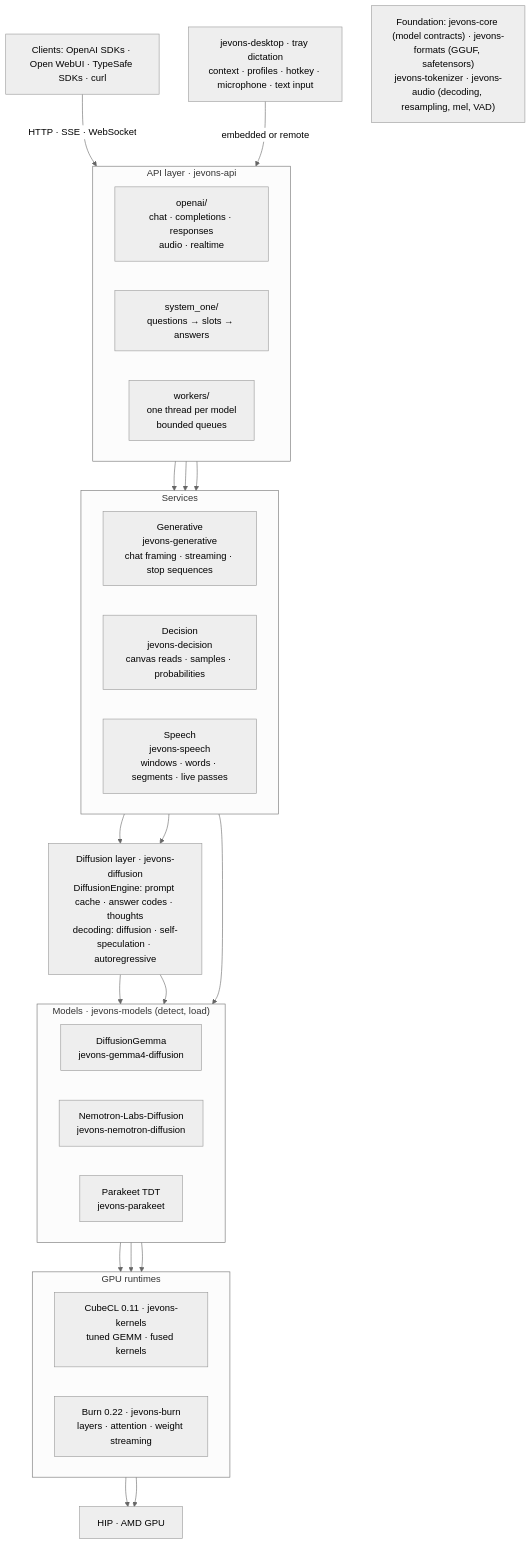
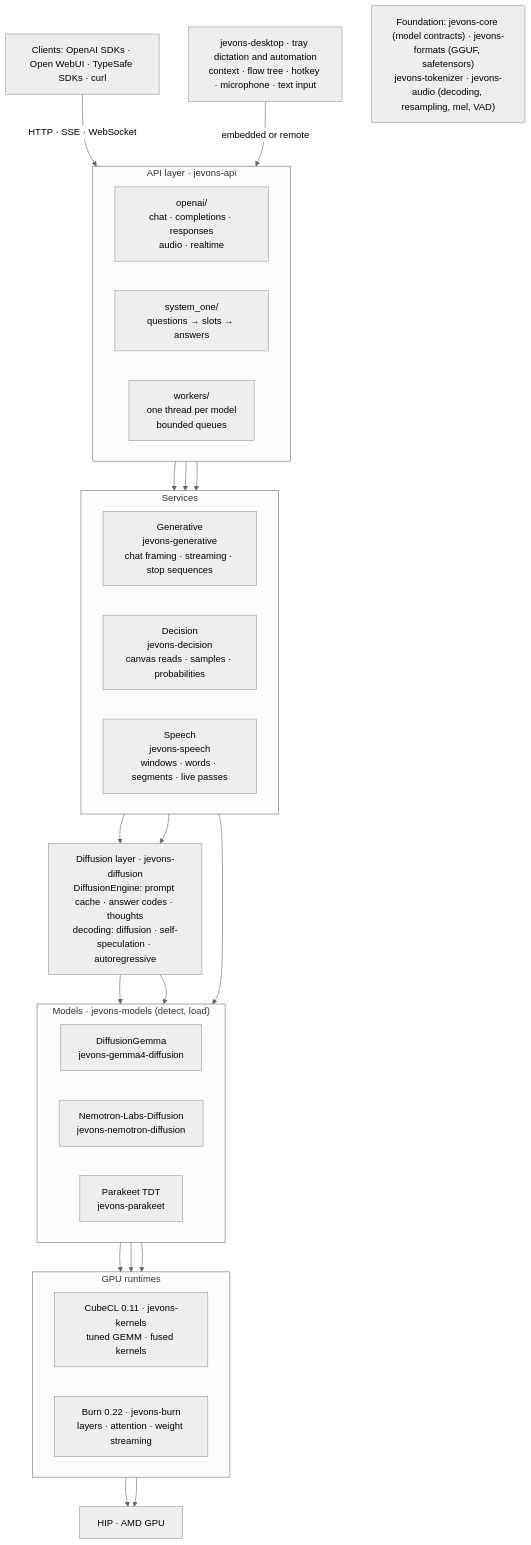
Before and after one commit to zojeda/jevons-rs: the second of 2 diagrams in README.md, drawn with Mermaid (neutral theme). The commit also changed other lines of this file and 35 other files, not shown here.

````diff
--- a/README.md
+++ b/README.md
@@ -113,53 +122,53 @@
 ```mermaid
 flowchart TB
     clients["Clients: OpenAI SDKs · Open WebUI · TypeSafe SDKs · curl"]
-    desktop["jevons-desktop · tray dictation<br/>context · profiles · hotkey · microphone · text input"]
+    desktop["jevons-desktop · tray dictation and automation<br/>context · flow tree · hotkey · microphone · text input"]
 
     subgraph api["API layer · jevons-api"]
         direction LR
         openai["openai/<br/>chat · completions · responses<br/>audio · realtime"]
         systemone["system_one/<br/>questions → slots → answers"]
         workers["workers/<br/>one thread per model<br/>bounded queues"]
     end
 
     subgraph services["Services"]
         direction LR
         generative["Generative<br/>jevons-generative<br/>chat framing · streaming · stop sequences"]
         decision["Decision<br/>jevons-decision<br/>canvas reads · samples · probabilities"]
         speech["Speech<br/>jevons-speech<br/>windows · words · segments · live passes"]
     end
 
     diffusion["Diffusion layer · jevons-diffusion<br/>DiffusionEngine: prompt cache · answer codes · thoughts<br/>decoding: diffusion · self-speculation · autoregressive"]
 
     subgraph models["Models · jevons-models (detect, load)"]
         direction LR
         gemma["DiffusionGemma<br/>jevons-gemma4-diffusion"]
         nemotron["Nemotron-Labs-Diffusion<br/>jevons-nemotron-diffusion"]
         parakeet["Parakeet TDT<br/>jevons-parakeet"]
     end
 
     subgraph runtimes["GPU runtimes"]
         direction LR
         cubecl["CubeCL 0.11 · jevons-kernels<br/>tuned GEMM · fused kernels"]
         burn["Burn 0.22 · jevons-burn<br/>layers · attention · weight streaming"]
     end
 
     gpu["HIP · AMD GPU"]
     foundation["Foundation: jevons-core (model contracts) · jevons-formats (GGUF, safetensors)<br/>jevons-tokenizer · jevons-audio (decoding, resampling, mel, VAD)"]
 
     clients -- "HTTP · SSE · WebSocket" --> api
     desktop -- "embedded or remote" --> api
     openai --> generative
     openai --> speech
     systemone --> decision
     generative --> diffusion
     decision --> diffusion
     diffusion --> gemma
     diffusion --> nemotron
     speech --> parakeet
     gemma --> cubecl
     nemotron --> burn
     parakeet --> burn
     cubecl --> gpu
     burn --> gpu
 ```
````
